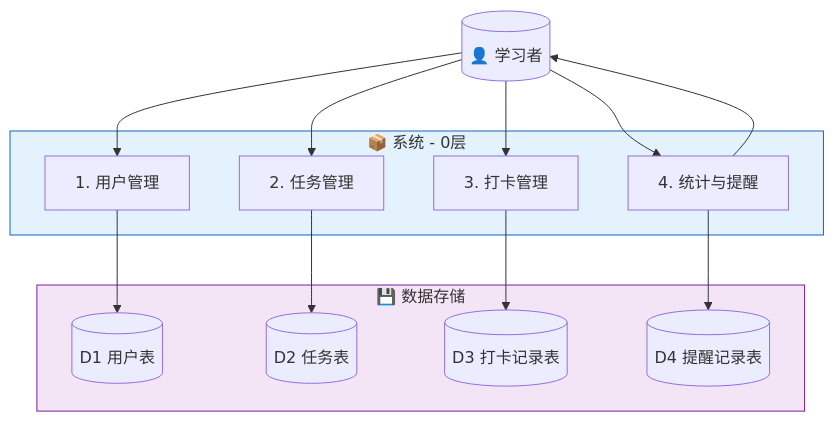
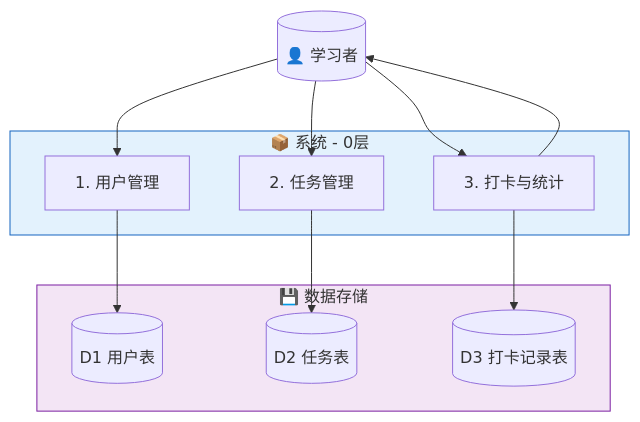
The fourth of 7 diagrams in 需求报告.md (TonyzzZ666/Study-Agent), drawn with Mermaid before and after one commit. The commit also changed other lines of this file and 1 other file, not shown here.

````diff
--- a/需求报告.md
+++ b/需求报告.md
@@ -113,28 +106,24 @@
 ```mermaid
 flowchart TD
     User[("👤 学习者")]
     subgraph System["📦 系统 - 0层"]
         P1["1. 用户管理"]
         P2["2. 任务管理"]
-        P3["3. 打卡管理"]
-        P4["4. 统计与提醒"]
+        P3["3. 打卡与统计"]
     end
     subgraph Storage["💾 数据存储"]
         D1[("D1 用户表")]
         D2[("D2 任务表")]
         D3[("D3 打卡记录表")]
-        D4[("D4 提醒记录表")]
     end
     User --> P1
     User --> P2
     User --> P3
-    User --> P4
     P1 --> D1
     P2 --> D2
     P3 --> D3
-    P4 --> D4
-    P4 --> User
+    P3 --> User
 
     style System fill:#e3f2fd,stroke:#1565c0
     style Storage fill:#f3e5f5,stroke:#7b1fa2
 ```
````
